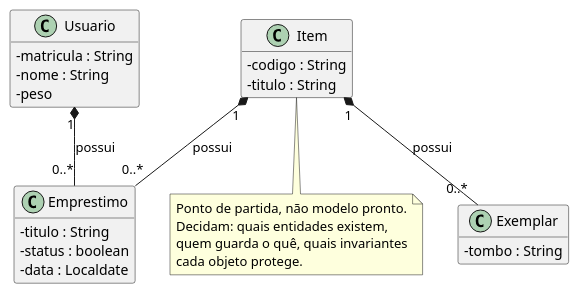
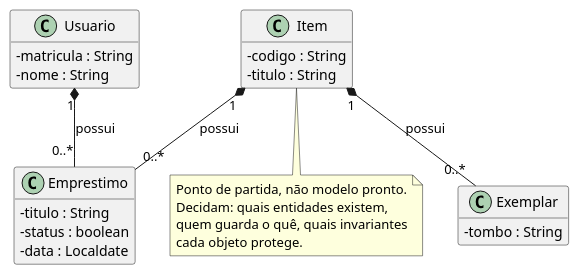
The diagram in docs/modelo.puml (Alan-Pierre75/POO--2026-2), drawn with PlantUML before and after one commit.

```diff
--- a/docs/modelo.puml
+++ b/docs/modelo.puml
@@ -1,46 +1,46 @@
 @startuml
 ' Modelo de domínio do sistema: Entrega 1.
 '
 ' Este arquivo é o ponto de partida. Substitua pelo modelo da sua equipe.
 ' O diagrama precisa corresponder ao código entregue.
 '
 ' Para gerar a imagem: instale o plugin PlantUML no IntelliJ, ou use
 '   plantuml docs/modelo.puml
 ' e versione a imagem gerada ao lado deste arquivo.
 
 skinparam classAttributeIconSize 0
 hide empty members
 
 class Item {
   - codigo : String
   - titulo : String
 }
 
 class Exemplar {
   - tombo : String
 }
 
 class Usuario {
   - matricula : String
   - nome : String
-  -peso
+
 }
 
 class Emprestimo {
   - titulo : String
   - status : boolean
   - data : Localdate
 }
 
 Item "1" *-- "0..*" Exemplar : possui
 Usuario "1" *-- "0..*" Emprestimo : possui
 Item "1" *-- "0..*" Emprestimo : possui
 
 note bottom of Item
   Ponto de partida, não modelo pronto.
   Decidam: quais entidades existem,
   quem guarda o quê, quais invariantes
   cada objeto protege.
 end note
 
 @enduml
```
